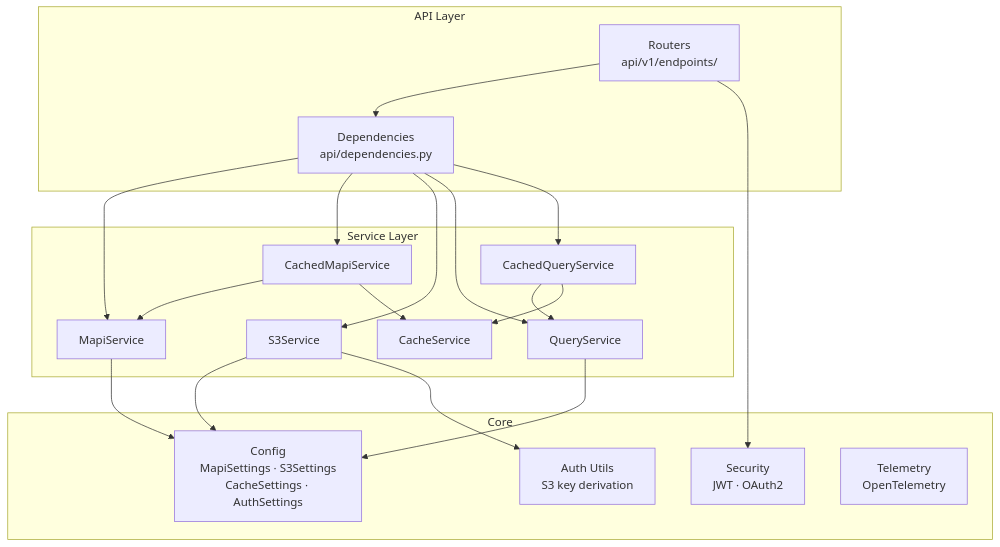
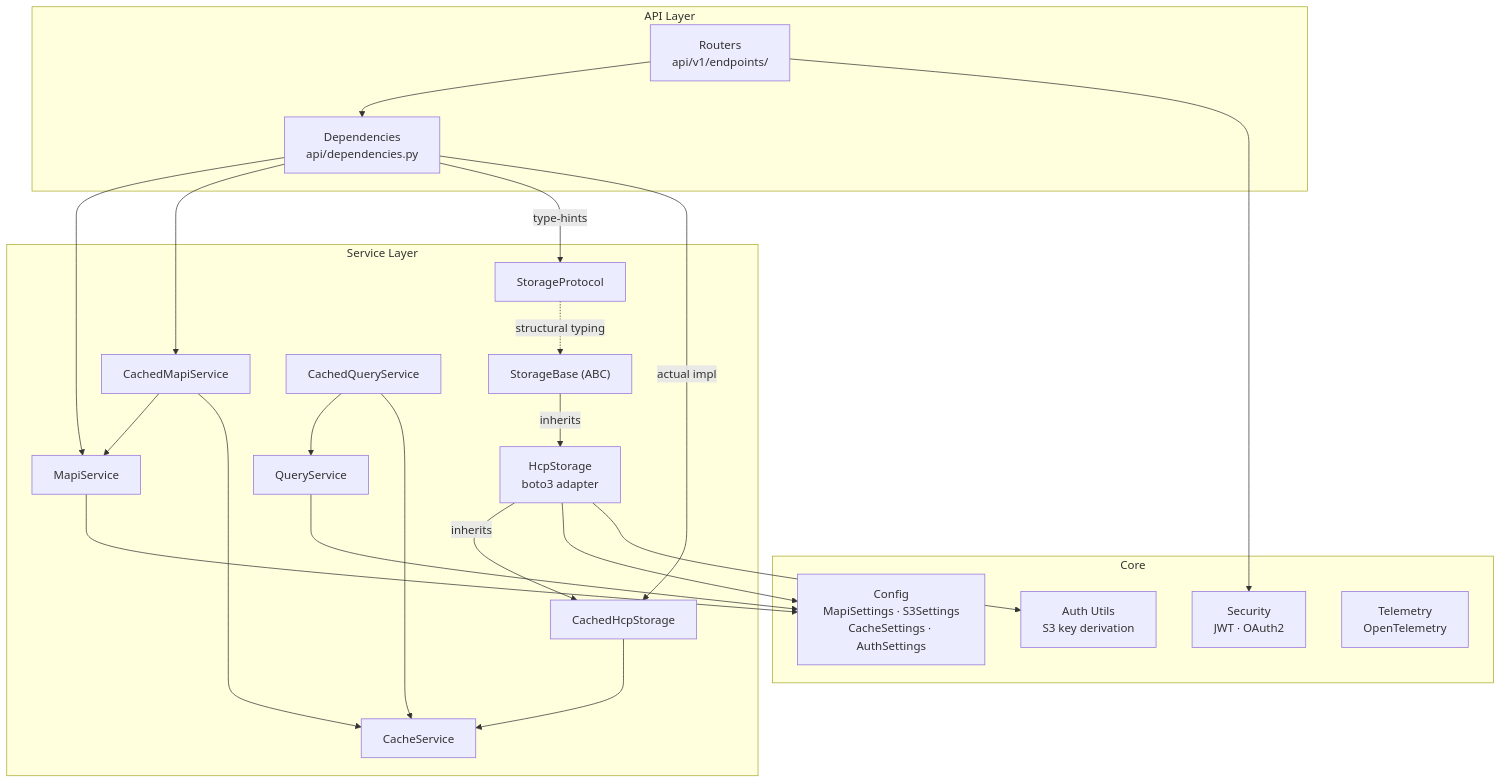
One commit to AI-Riksarkivet/ra-hcp changed the third of 7 diagrams in docs/architecture/index.md. Above: the diagram before and after it, drawn with Mermaid. The commit also changed other lines of this file and 11 other files, not shown here.

First line of the commit message:
docs: document storage layer architecture, versions, and multipart APIs

````diff
--- a/docs/architecture/index.md
+++ b/docs/architecture/index.md
@@ -81,39 +81,45 @@
 ```mermaid
 graph TD
     subgraph "API Layer"
         R["Routers<br/>api/v1/endpoints/"]
         DEP["Dependencies<br/>api/dependencies.py"]
     end
 
     subgraph "Service Layer"
         MS["MapiService"]
         CMS["CachedMapiService"]
-        SS["S3Service"]
+        SP["StorageProtocol"]
+        SB["StorageBase (ABC)"]
+        HCP_A["HcpStorage<br/>boto3 adapter"]
+        CHCP["CachedHcpStorage"]
         QS["QueryService"]
         CQS["CachedQueryService"]
         CS["CacheService"]
     end
 
     subgraph "Core"
         CFG["Config<br/>MapiSettings · S3Settings<br/>CacheSettings · AuthSettings"]
         SEC["Security<br/>JWT · OAuth2"]
         AUTH2["Auth Utils<br/>S3 key derivation"]
         TEL["Telemetry<br/>OpenTelemetry"]
     end
 
     R --> DEP
     DEP --> MS
     DEP --> CMS
-    DEP --> SS
-    DEP --> QS
-    DEP --> CQS
+    DEP -->|"type-hints"| SP
+    DEP -->|"actual impl"| CHCP
+    SP -.->|"structural typing"| SB
+    SB -->|"inherits"| HCP_A
+    HCP_A -->|"inherits"| CHCP
+    CHCP --> CS
     MS --> CFG
     CMS --> MS
     CMS --> CS
-    SS --> CFG
-    SS --> AUTH2
+    HCP_A --> CFG
+    HCP_A --> AUTH2
     QS --> CFG
     CQS --> QS
     CQS --> CS
     R --> SEC
 ```
````
